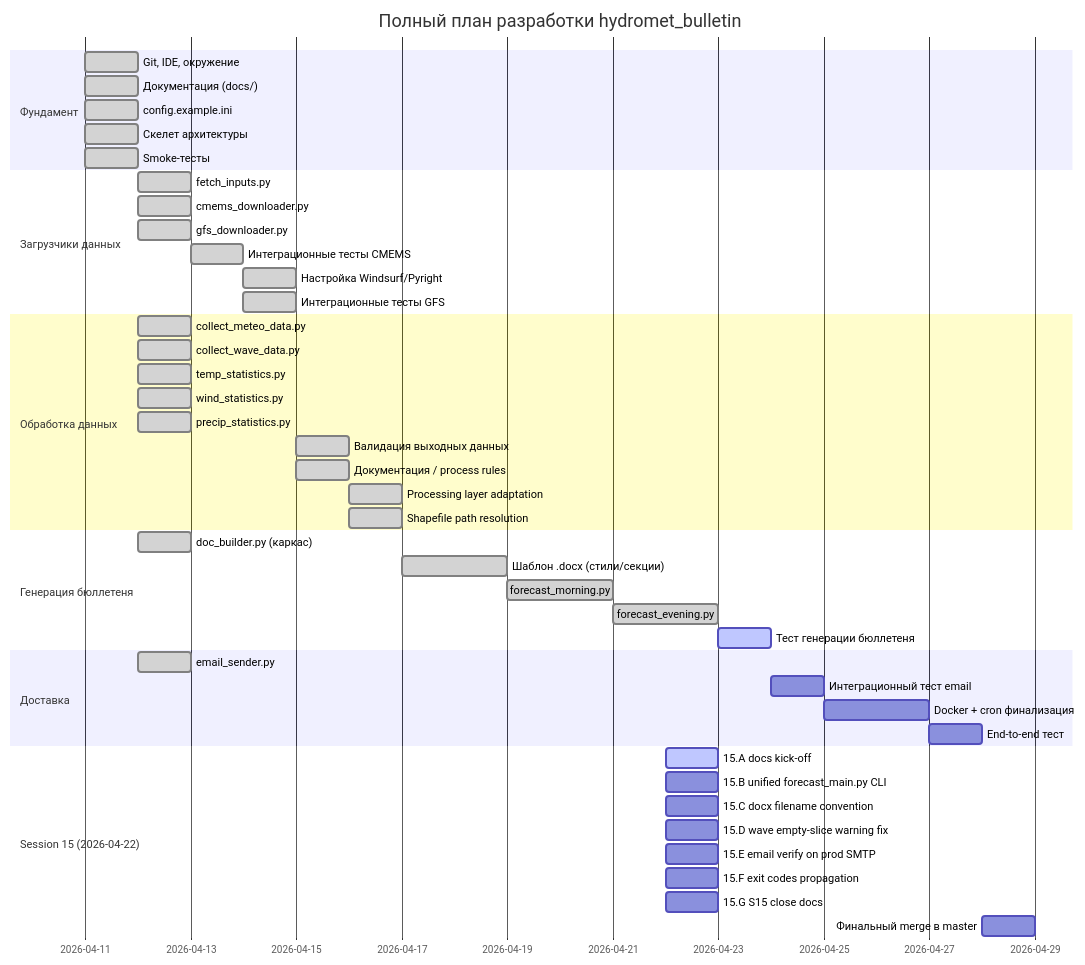
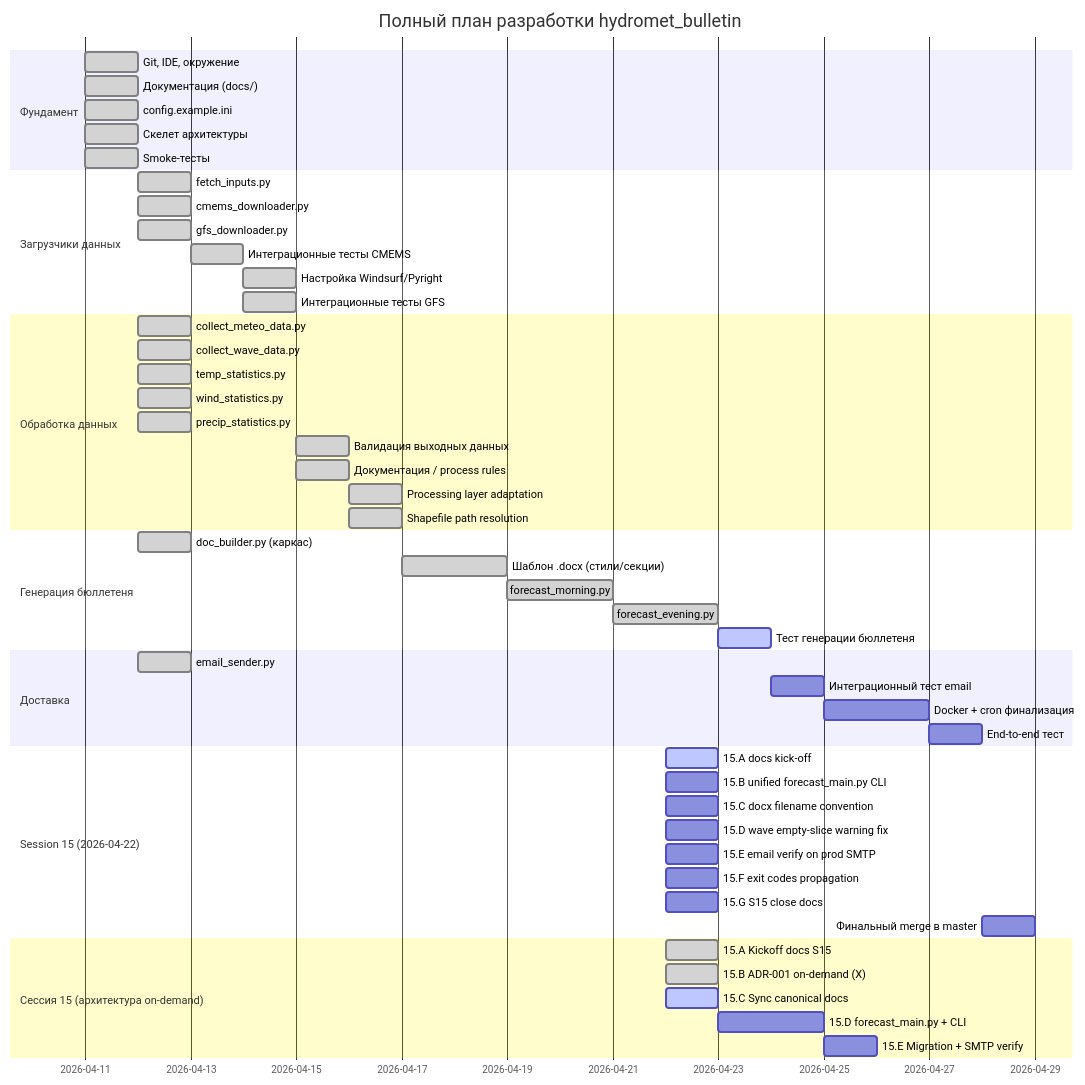
Before and after one commit to zubkovfpk/hydromet_bulletin: the first of 2 diagrams in docs/project_progress.md, drawn with Mermaid. The commit also changed other lines of this file and 2 other files, not shown here.

Commit message:
15.C: sync canonical docs with S15 decisions and ADR-001

````diff
--- a/docs/project_progress.md
+++ b/docs/project_progress.md
@@ -5,48 +5,54 @@
 ```mermaid
 gantt
     title Полный план разработки hydromet_bulletin
     dateFormat YYYY-MM-DD
     section Фундамент
     Git, IDE, окружение          :done, 2026-04-11, 1d
     Документация (docs/)         :done, 2026-04-11, 1d
     config.example.ini           :done, 2026-04-11, 1d
     Скелет архитектуры           :done, 2026-04-11, 1d
     Smoke-тесты                  :done, 2026-04-11, 1d
     section Загрузчики данных
     fetch_inputs.py              :done, 2026-04-12, 1d
     cmems_downloader.py          :done, 2026-04-12, 1d
     gfs_downloader.py            :done, 2026-04-12, 1d
     Интеграционные тесты CMEMS   :done, 2026-04-13, 1d
     Настройка Windsurf/Pyright   :done, 2026-04-14, 1d
     Интеграционные тесты GFS     :done, 2026-04-14, 1d
     section Обработка данных
     collect_meteo_data.py        :done, 2026-04-12, 1d
     collect_wave_data.py         :done, 2026-04-12, 1d
     temp_statistics.py           :done, 2026-04-12, 1d
     wind_statistics.py           :done, 2026-04-12, 1d
     precip_statistics.py         :done, 2026-04-12, 1d
     Валидация выходных данных    :done, 2026-04-15, 1d
     Документация / process rules :done, 2026-04-15, 1d
     Processing layer adaptation  :done, 2026-04-16, 1d
     Shapefile path resolution    :done, 2026-04-16, 1d
     section Генерация бюллетеня
     doc_builder.py (каркас)      :done, 2026-04-12, 1d
     Шаблон .docx (стили/секции) :done, 2026-04-17, 2d
     forecast_morning.py          :done, 2026-04-19, 2d
     forecast_evening.py          :done, 2026-04-21, 2d
     Тест генерации бюллетеня     :active, 2026-04-23, 1d
     section Доставка
     email_sender.py              :done, 2026-04-12, 1d
     Интеграционный тест email    :2026-04-24, 1d
     Docker + cron финализация    :2026-04-25, 2d
     End-to-end тест              :2026-04-27, 1d
     section Session 15 (2026-04-22)
     15.A docs kick-off                 :active, 2026-04-22, 1d
     15.B unified forecast_main.py CLI  :2026-04-22, 1d
     15.C docx filename convention      :2026-04-22, 1d
     15.D wave empty-slice warning fix  :2026-04-22, 1d
     15.E email verify on prod SMTP     :2026-04-22, 1d
     15.F exit codes propagation        :2026-04-22, 1d
     15.G S15 close docs                :2026-04-22, 1d
     Финальный merge в master     :2026-04-28, 1d
+    section Сессия 15 (архитектура on-demand)
+    15.A Kickoff docs S15            :done, 2026-04-22, 1d
+    15.B ADR-001 on-demand (X)       :done, 2026-04-22, 1d
+    15.C Sync canonical docs         :active, 2026-04-22, 1d
+    15.D forecast_main.py + CLI      :2026-04-23, 2d
+    15.E Migration + SMTP verify     :2026-04-25, 1d
 ```
````
